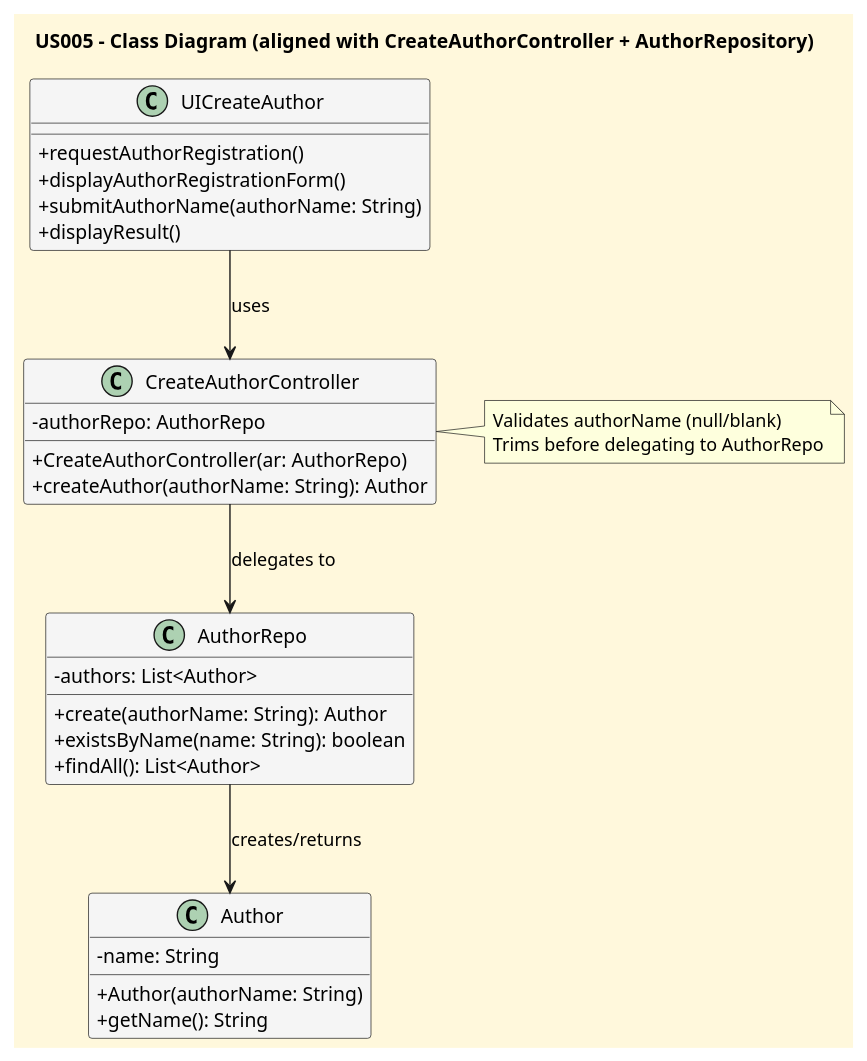
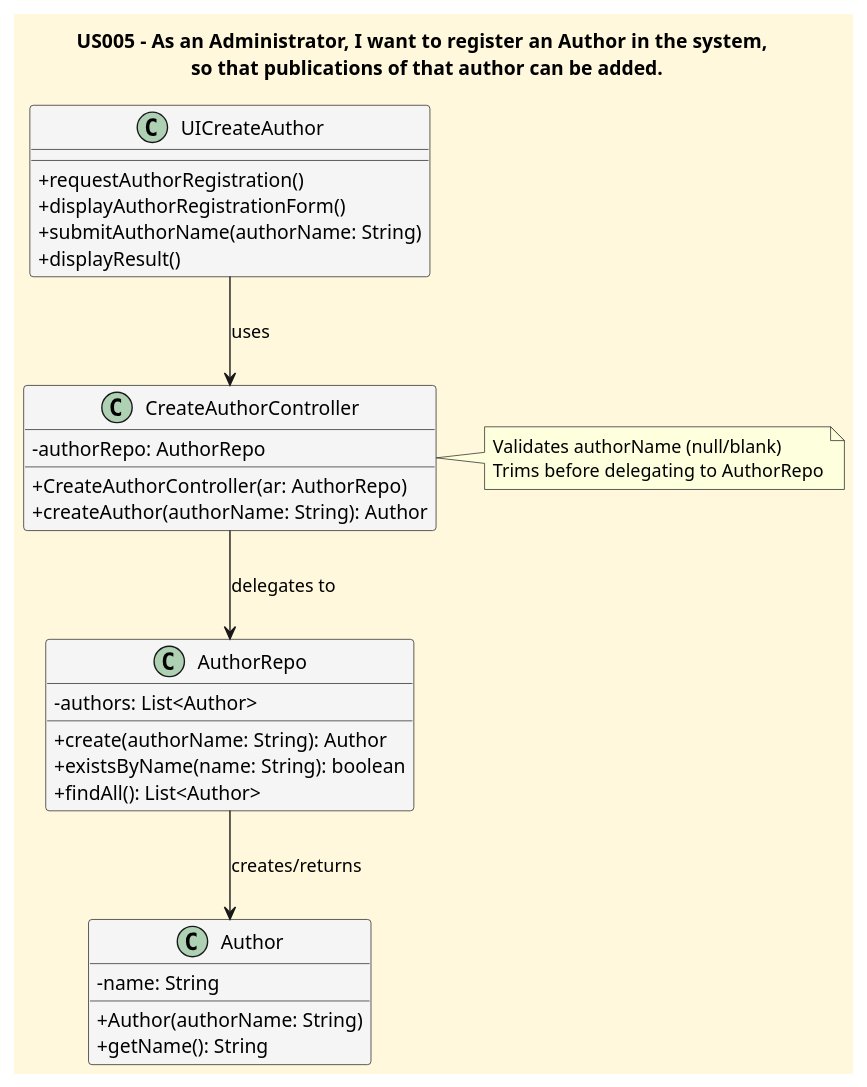
The diagram in docs/userStories/US005/US005_to_register_an_author_CD.puml (CarolinaLeite-collab/JavaMarketplacePlatform), drawn with PlantUML before and after one commit.

Commit message:
Resolves #132: Updated Class Diagram of US005

```diff
--- a/docs/userStories/US005/US005_to_register_an_author_CD.puml
+++ b/docs/userStories/US005/US005_to_register_an_author_CD.puml
@@ -1,47 +1,47 @@
 @startuml
-title US005 - Class Diagram (aligned with CreateAuthorController + AuthorRepository)
+title US005 - As an Administrator, I want to register an Author in the system, \n so that publications of that author can be added.
 
 skinparam monochrome false
 skinparam shadowing false
 skinparam defaultFontName Futura
 skinparam backgroundColor CornSilk
 skinparam classBackgroundColor WhiteSmoke
 skinparam classAttributeIconSize 0
 
 
 class UICreateAuthor {
   +requestAuthorRegistration()
   +displayAuthorRegistrationForm()
   +submitAuthorName(authorName: String)
   +displayResult()
 }
 
 class CreateAuthorController {
   -authorRepo: AuthorRepo
   +CreateAuthorController(ar: AuthorRepo)
   +createAuthor(authorName: String): Author
 }
 
 note right of CreateAuthorController
 Validates authorName (null/blank)
 Trims before delegating to AuthorRepo
 end note
 
 class AuthorRepo {
   -authors: List<Author>
   +create(authorName: String): Author
   +existsByName(name: String): boolean
   +findAll(): List<Author>
 }
 
 class Author {
   -name: String
   +Author(authorName: String)
   +getName(): String
 }
 
 UICreateAuthor --> CreateAuthorController : uses
 CreateAuthorController --> AuthorRepo : delegates to
 AuthorRepo --> Author : creates/returns
 
 @enduml
```
